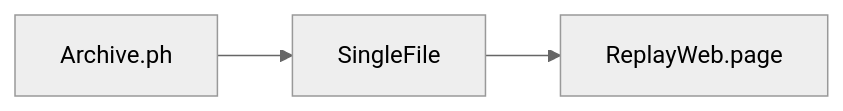
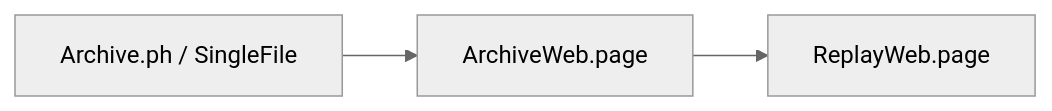
The second of 7 diagrams in kb/instruments/landscape-2026.md (ruarxive/ruarxive.github.io), drawn with Mermaid (neutral theme) before and after one commit. The commit also changed other lines of this file and 200 other files, not shown here.

````diff
--- a/kb/instruments/landscape-2026.md
+++ b/kb/instruments/landscape-2026.md
@@ -256,4 +266,4 @@
 ```mermaid
 flowchart LR
-    A["Archive.ph"] --> B["SingleFile"] --> C["ReplayWeb.page"]
+    A["Archive.ph / SingleFile"] --> B["ArchiveWeb.page"] --> C["ReplayWeb.page"]
 ```
````
